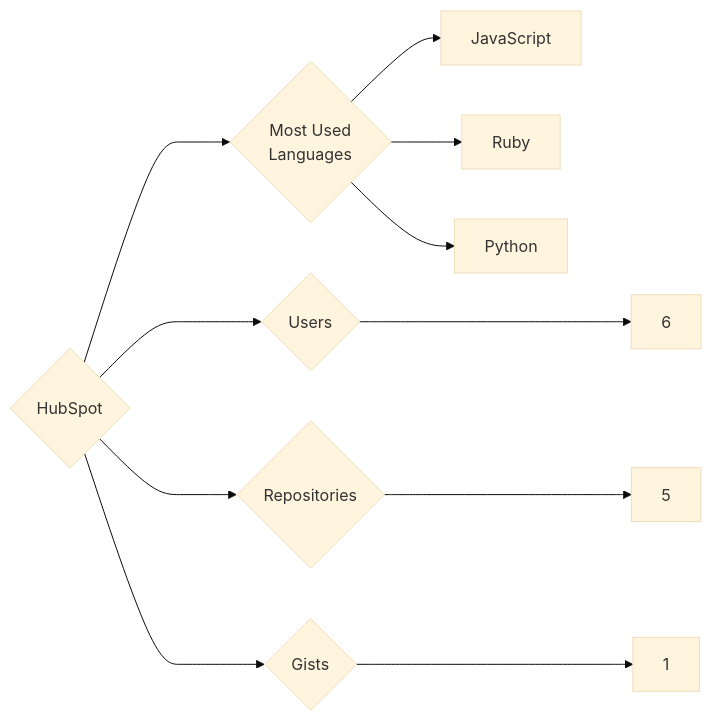
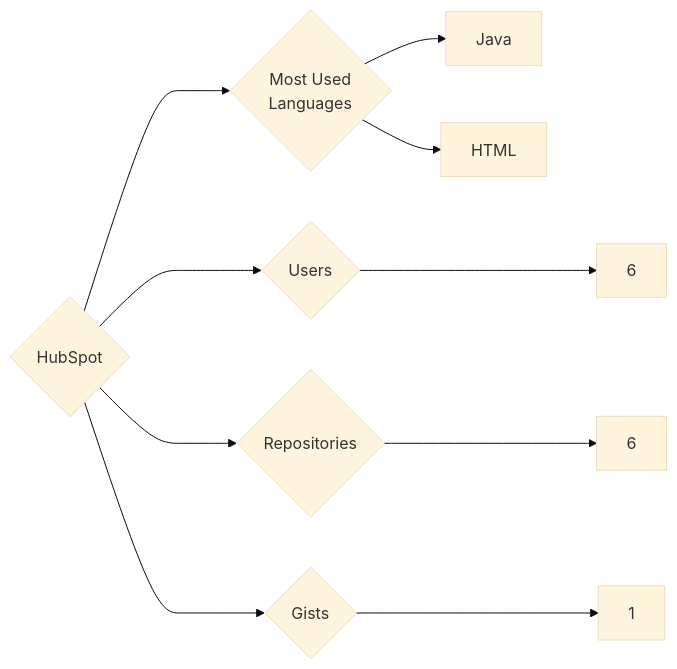
Before and after one commit to trickest/insiders: the diagram in targets/HubSpot/README.md, drawn with Mermaid (base theme). The commit also changed 1212 other files, not shown here.

````diff
--- a/targets/HubSpot/README.md
+++ b/targets/HubSpot/README.md
@@ -3,11 +3,10 @@
 ```mermaid
 graph LR
 COMPANY_NAME{HubSpot}
 COMPANY_NAME ---> U{Users} ---> UN[6]
-COMPANY_NAME ---> R{Repositories} ---> RN[5]
+COMPANY_NAME ---> R{Repositories} ---> RN[6]
 COMPANY_NAME ---> G{Gists} ---> GN[1]
 COMPANY_NAME ---> ML{Most Used<br>Languages}
-ML --> JavaScript[JavaScript]
-ML --> Ruby[Ruby]
-ML --> Python[Python]
+ML --> Java[Java]
+ML --> HTML[HTML]
 ```
````
